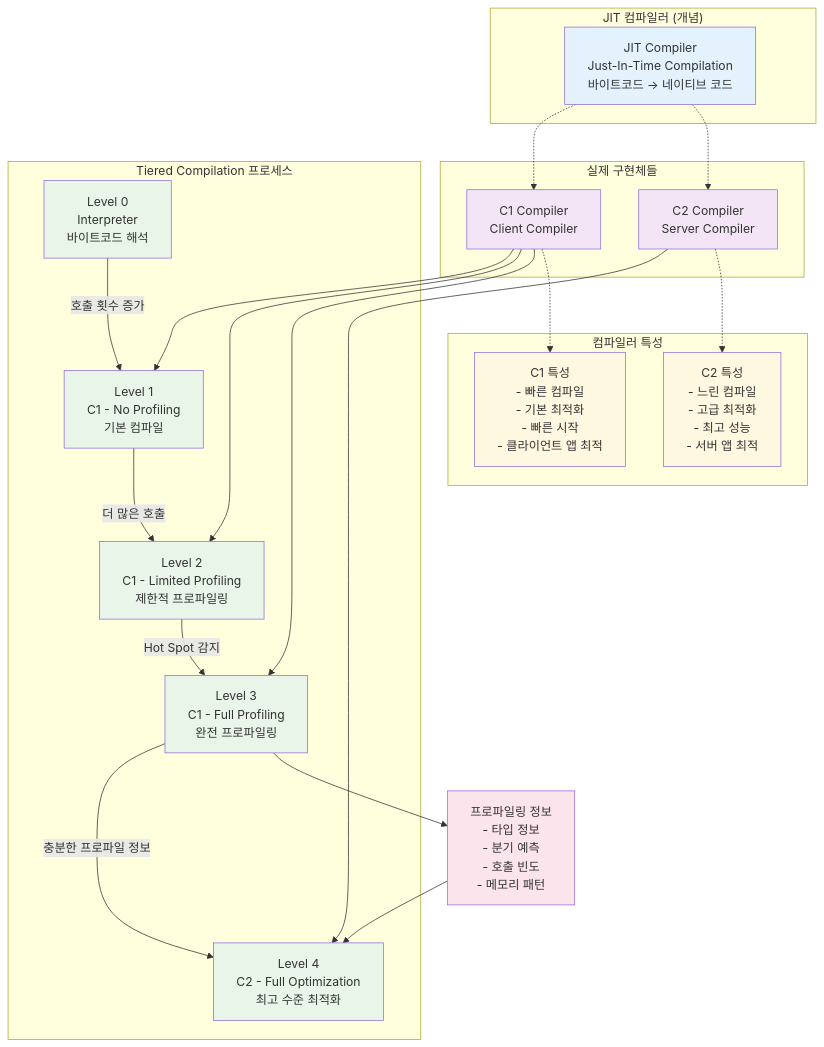
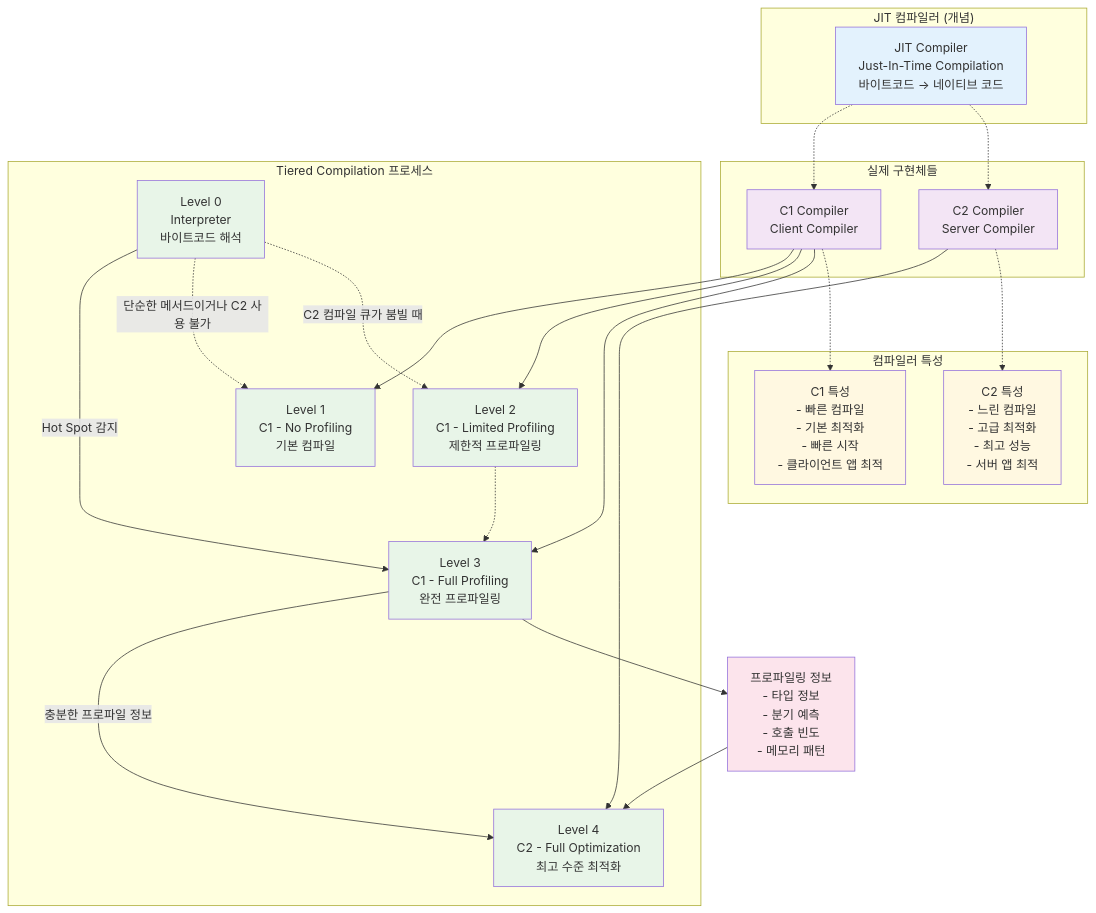
Before and after one commit to hongmoSung/hongmoSung.github.io: the second of 3 diagrams in _posts/java/2025-06-30-JIT_complier.md, drawn with Mermaid. The commit also changed other lines of this file and 32 other files, not shown here.

````diff
--- a/_posts/java/2025-06-30-JIT_complier.md
+++ b/_posts/java/2025-06-30-JIT_complier.md
@@ -144,62 +145,63 @@
 ```mermaid
 graph TB
     subgraph "JIT 컴파일러 (개념)"
         A[JIT Compiler<br>Just-In-Time Compilation<br>바이트코드 → 네이티브 코드]
     end
     
     subgraph "실제 구현체들"
         B[C1 Compiler<br>Client Compiler]
         C[C2 Compiler<br>Server Compiler]
     end
     
     subgraph "Tiered Compilation 프로세스"
         D[Level 0<br>Interpreter<br>바이트코드 해석]
         E[Level 1<br>C1 - No Profiling<br>기본 컴파일]
         F[Level 2<br>C1 - Limited Profiling<br>제한적 프로파일링]
         G[Level 3<br>C1 - Full Profiling<br>완전 프로파일링]
         H[Level 4<br>C2 - Full Optimization<br>최고 수준 최적화]
     end
     
     subgraph "컴파일러 특성"
         I[C1 특성<br>- 빠른 컴파일<br>- 기본 최적화<br>- 빠른 시작<br>- 클라이언트 앱 최적]
         J[C2 특성<br>- 느린 컴파일<br>- 고급 최적화<br>- 최고 성능<br>- 서버 앱 최적]
     end
     
     %% 관계 표시
     A -.-> B
     A -.-> C
     
-    %% 실행 흐름
-    D --> |호출 횟수 증가| E
-    E --> |더 많은 호출| F
-    F --> |Hot Spot 감지| G
+    %% 실행 흐름 (일반 경로: 0 → 3 → 4)
+    D --> |Hot Spot 감지| G
     G --> |충분한 프로파일 정보| H
+    D -.-> |단순한 메서드이거나 C2 사용 불가| E
+    D -.-> |C2 컴파일 큐가 붐빌 때| F
+    F -.-> G
     
     %% 컴파일러 매핑
     B --> E
     B --> F
     B --> G
     C --> H
     
     %% 특성 연결
     B -.-> I
     C -.-> J
     
     %% 최적화 예시
     K[프로파일링 정보<br>- 타입 정보<br>- 분기 예측<br>- 호출 빈도<br>- 메모리 패턴]
     G --> K
     K --> H
     
     %% 스타일링
     classDef concept fill:#e3f2fd
     classDef implementation fill:#f3e5f5
     classDef level fill:#e8f5e8
     classDef characteristics fill:#fff8e1
     classDef profiling fill:#fce4ec
     
     class A concept
     class B,C implementation
     class D,E,F,G,H level
     class I,J characteristics
     class K profiling
 ```
````
